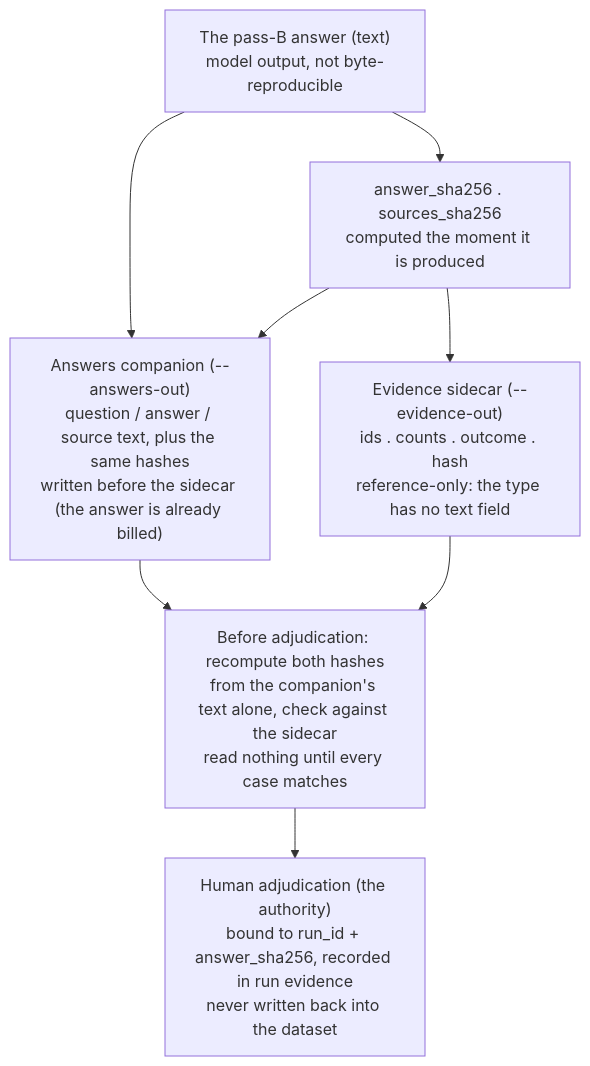
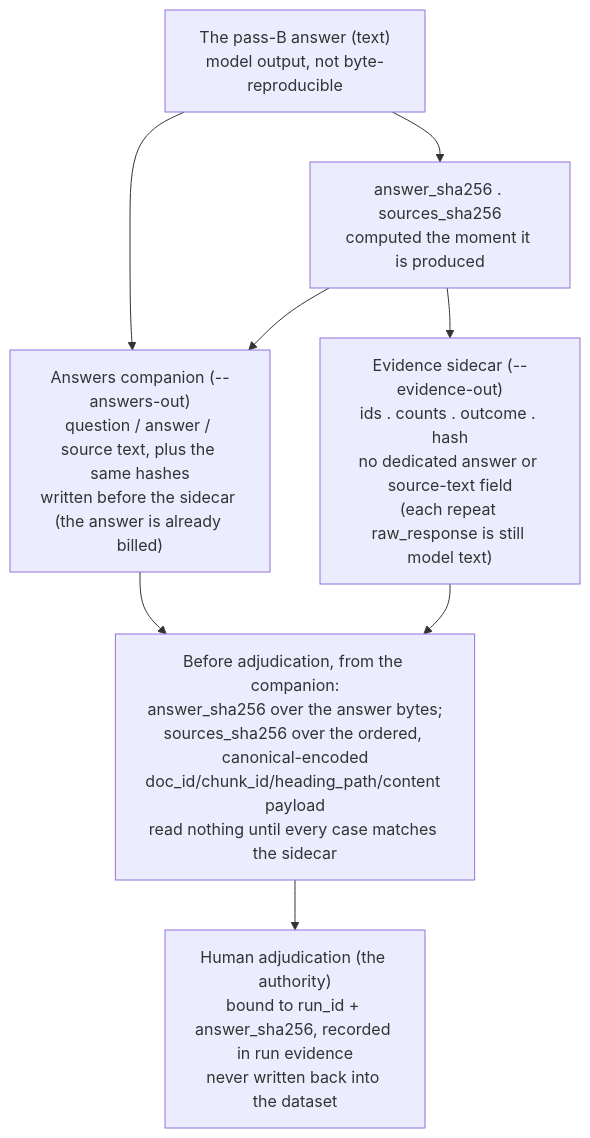
The diagram in docs/diagrams/eval-evidence-chain.md (kehao-playground/azure-genai-backend-lab), drawn with Mermaid before and after one commit. The commit also changed other lines of this file and 5 other files, not shown here.

````diff
--- a/docs/diagrams/eval-evidence-chain.md
+++ b/docs/diagrams/eval-evidence-chain.md
@@ -21,20 +25,20 @@
 ```mermaid
 flowchart TB
     answer["The pass-B answer (text)<br/>model output, not byte-reproducible"]
     hashes["answer_sha256 . sources_sha256<br/>computed the moment it is produced"]
     answer --> hashes
 
-    sidecar["Evidence sidecar (--evidence-out)<br/>ids . counts . outcome . hash<br/>reference-only: the type has no text field"]
+    sidecar["Evidence sidecar (--evidence-out)<br/>ids . counts . outcome . hash<br/>no dedicated answer or source-text field<br/>(each repeat raw_response is still model text)"]
     comp["Answers companion (--answers-out)<br/>question / answer / source text, plus the same hashes<br/>written before the sidecar (the answer is already billed)"]
 
     hashes --> sidecar
     answer --> comp
     hashes --> comp
 
-    recheck["Before adjudication: recompute both hashes<br/>from the companion's text alone, check against the sidecar<br/>read nothing until every case matches"]
+    recheck["Before adjudication, from the companion:<br/>answer_sha256 over the answer bytes;<br/>sources_sha256 over the ordered, canonical-encoded<br/>doc_id/chunk_id/heading_path/content payload<br/>read nothing until every case matches the sidecar"]
     comp --> recheck
     sidecar --> recheck
 
     human["Human adjudication (the authority)<br/>bound to run_id + answer_sha256, recorded in run evidence<br/>never written back into the dataset"]
     recheck --> human
 ```
````
